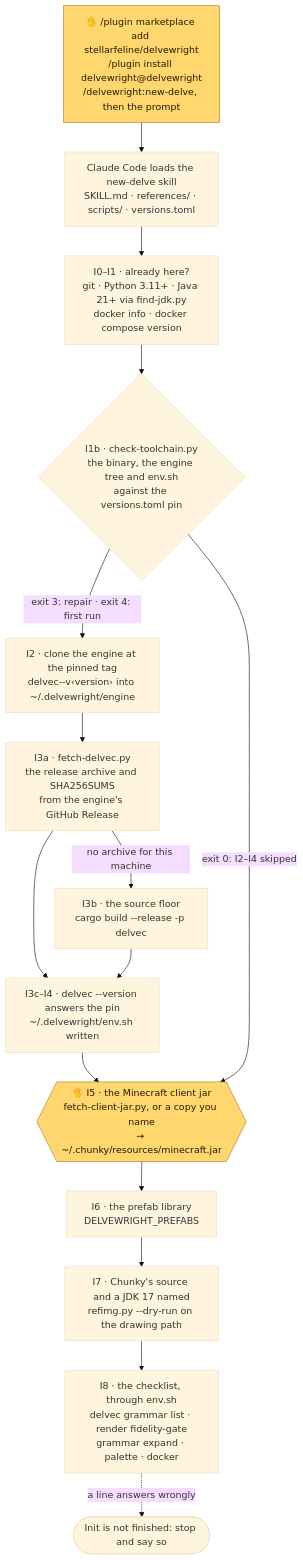
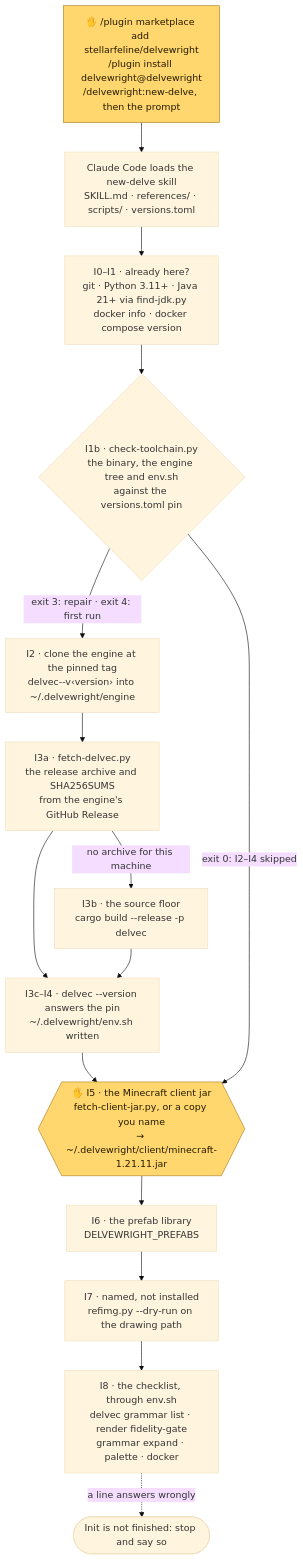
One commit to stellarfeline/delvewright changed the second of 9 diagrams in docs/how-it-works.md. Above: the diagram before and after it, drawn with Mermaid (base theme). The commit also changed other lines of this file and 42 other files, not shown here.

````diff
--- a/docs/how-it-works.md
+++ b/docs/how-it-works.md
@@ -26,20 +26,20 @@
 ```mermaid
 flowchart TD
     U["🖐 /plugin marketplace add stellarfeline/delvewright<br/>/plugin install delvewright@delvewright<br/>/delvewright:new-delve, then the prompt"]:::human
     U --> CC["Claude Code loads the new-delve skill<br/>SKILL.md · references/ · scripts/ · versions.toml"]
     CC --> I1["I0–I1 · already here?<br/>git · Python 3.11+ · Java 21+ via find-jdk.py<br/>docker info · docker compose version"]
     I1 --> I1B{"I1b · check-toolchain.py<br/>the binary, the engine tree and env.sh<br/>against the versions.toml pin"}
     I1B -->|"exit 3: repair · exit 4: first run"| I2["I2 · clone the engine at the pinned tag<br/>delvec--v‹version› into ~/.delvewright/engine"]
     I2 --> I3A["I3a · fetch-delvec.py<br/>the release archive and SHA256SUMS<br/>from the engine's GitHub Release"]
     I3A -->|"no archive for this machine"| I3B["I3b · the source floor<br/>cargo build --release -p delvec"]
     I3A --> I4["I3c–I4 · delvec --version answers the pin<br/>~/.delvewright/env.sh written"]
     I3B --> I4
-    I4 --> I5{{"🖐 I5 · the Minecraft client jar<br/>fetch-client-jar.py, or a copy you name<br/>→ ~/.chunky/resources/minecraft.jar"}}:::human
+    I4 --> I5{{"🖐 I5 · the Minecraft client jar<br/>fetch-client-jar.py, or a copy you name<br/>→ ~/.delvewright/client/minecraft-1.21.11.jar"}}:::human
     I1B -->|"exit 0: I2–I4 skipped"| I5
     I5 --> I6["I6 · the prefab library<br/>DELVEWRIGHT_PREFABS"]
-    I6 --> I7["I7 · Chunky's source and a JDK 17 named<br/>refimg.py --dry-run on the drawing path"]
+    I6 --> I7["I7 · named, not installed<br/>refimg.py --dry-run on the drawing path"]
     I7 --> I8["I8 · the checklist, through env.sh<br/>delvec grammar list · render fidelity-gate<br/>grammar expand · palette · docker"]
     I8 -.->|"a line answers wrongly"| STOP(["Init is not finished: stop and say so"])
 
     classDef human fill:#ffd76e,stroke:#a9761a,color:#241a00
 ```
````
